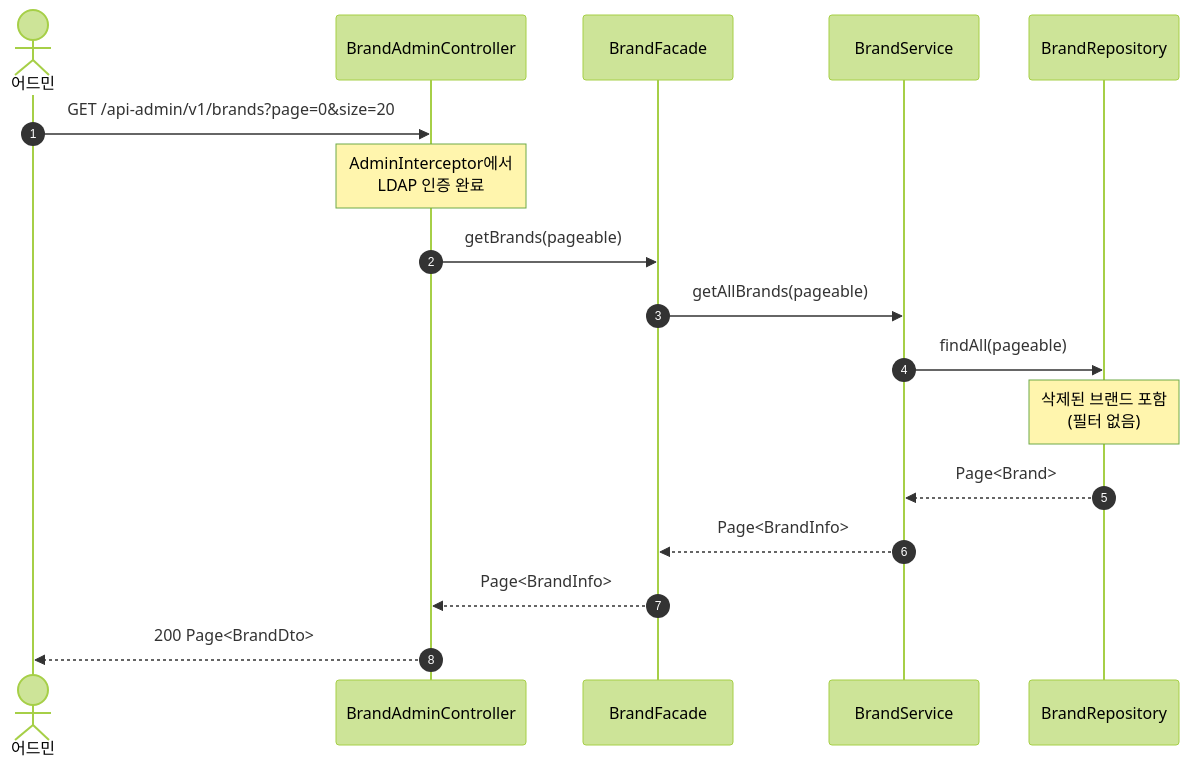
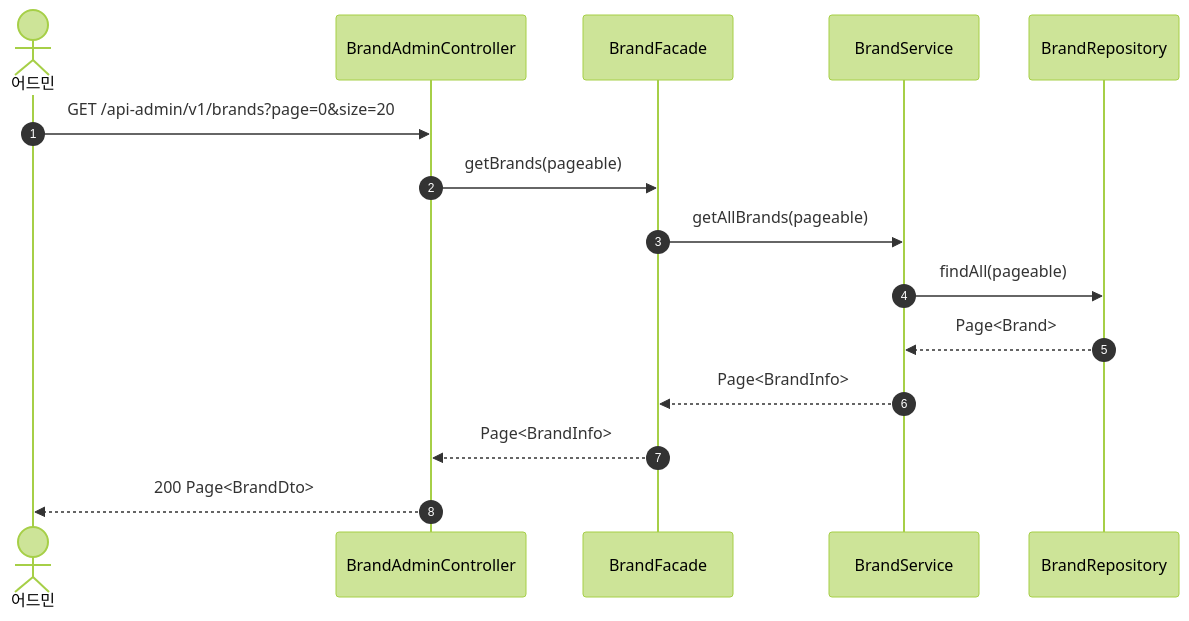
The fourth of 21 diagrams in docs/design/02-sequence-diagrams.md (Loopers-dev-lab/loop-pack-be-l2-vol3-kotlin), drawn with Mermaid (forest theme) before and after one commit. The commit also changed other lines of this file and 5 other files, not shown here.

````diff
--- a/docs/design/02-sequence-diagrams.md
+++ b/docs/design/02-sequence-diagrams.md
@@ -118,19 +128,17 @@
 ```mermaid
 sequenceDiagram
     autonumber
     actor Admin as 어드민
     participant C as BrandAdminController
     participant F as BrandFacade
     participant BS as BrandService
     participant BR as BrandRepository
     Admin ->> C: GET /api-admin/v1/brands?page=0&size=20
-    Note over C: AdminInterceptor에서<br/>LDAP 인증 완료
     C ->> F: getBrands(pageable)
     F ->> BS: getAllBrands(pageable)
     BS ->> BR: findAll(pageable)
-    Note over BR: 삭제된 브랜드 포함<br/>(필터 없음)
     BR -->> BS: Page<Brand>
     BS -->> F: Page<BrandInfo>
     F -->> C: Page<BrandInfo>
     C -->> Admin: 200 Page<BrandDto>
 ```
````
